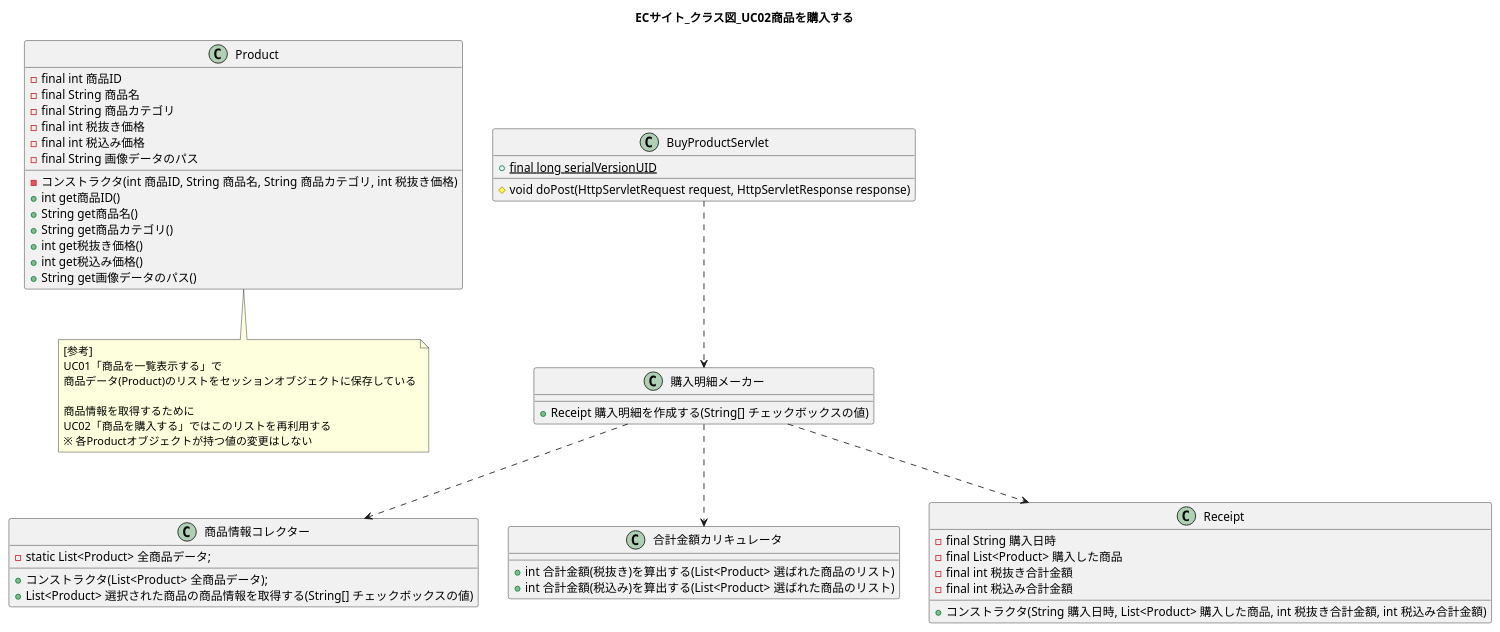
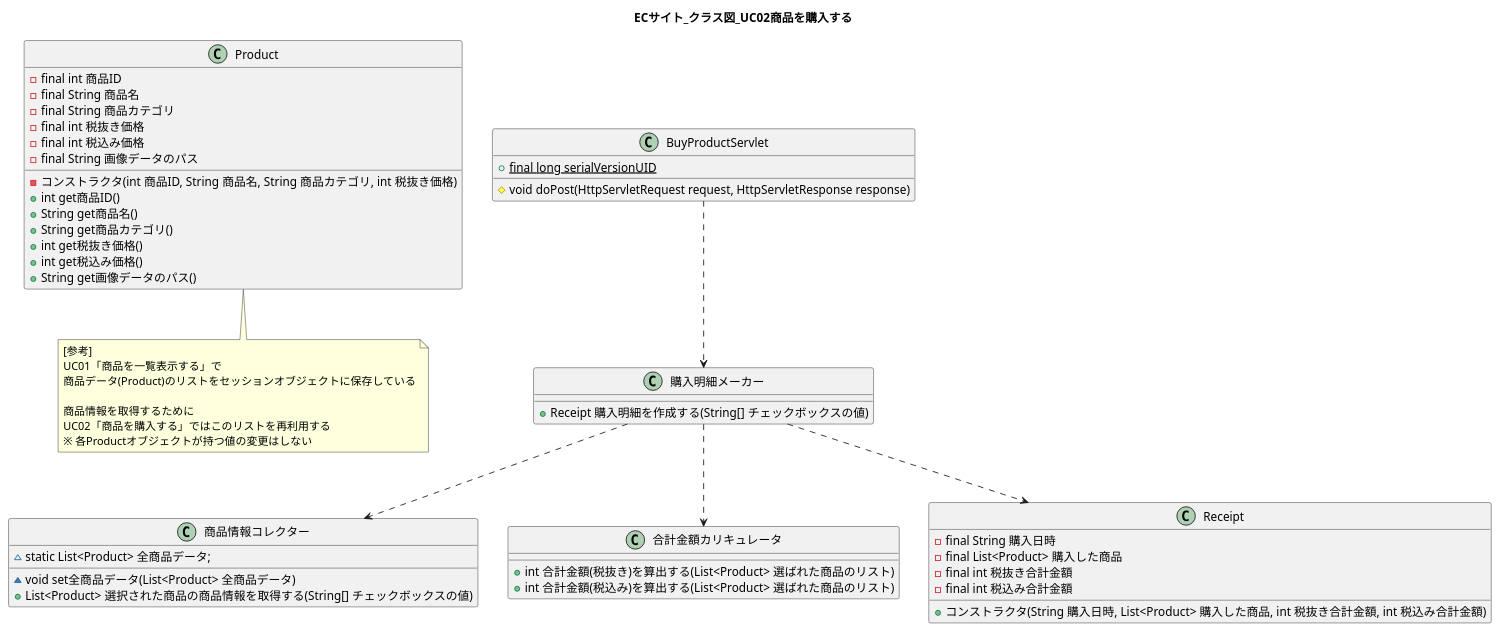
One commit to wnakayama/ojt_ecsite changed the diagram in UML/ClassDiag02.puml. Above: the diagram before and after it, drawn with PlantUML. The commit also changed 3 other files, not shown here.

```diff
--- a/UML/ClassDiag02.puml
+++ b/UML/ClassDiag02.puml
@@ -1,63 +1,63 @@
 @startuml
 title ECサイト_クラス図_UC02商品を購入する
 
 class Product {
     -final int 商品ID
     -final String 商品名
     -final String 商品カテゴリ
     -final int 税抜き価格
     -final int 税込み価格
     -final String 画像データのパス
     -コンストラクタ(int 商品ID, String 商品名, String 商品カテゴリ, int 税抜き価格)
     +int get商品ID()
     +String get商品名()
     +String get商品カテゴリ()
     +int get税抜き価格()
     +int get税込み価格()
     +String get画像データのパス()
 }
 
 note bottom of Product
 [参考]
 UC01「商品を一覧表示する」で
 商品データ(Product)のリストをセッションオブジェクトに保存している
 
 商品情報を取得するために
 UC02「商品を購入する」ではこのリストを再利用する
 ※ 各Productオブジェクトが持つ値の変更はしない
 end note
 
 
 class BuyProductServlet {
     +{static} final long serialVersionUID
     #void doPost(HttpServletRequest request, HttpServletResponse response)
 }
 
 BuyProductServlet ..> 購入明細メーカー
 class 購入明細メーカー {
     +Receipt 購入明細を作成する(String[] チェックボックスの値)
 }
 
 購入明細メーカー ..> 商品情報コレクター
 class 商品情報コレクター {
-    -static List<Product> 全商品データ;
-    +コンストラクタ(List<Product> 全商品データ);
+    ~static List<Product> 全商品データ;
+    ~void set全商品データ(List<Product> 全商品データ)
     +List<Product> 選択された商品の商品情報を取得する(String[] チェックボックスの値)
 }
 
 購入明細メーカー ..> 合計金額カリキュレータ 
 class 合計金額カリキュレータ {
     +int 合計金額(税抜き)を算出する(List<Product> 選ばれた商品のリスト)
     +int 合計金額(税込み)を算出する(List<Product> 選ばれた商品のリスト)
 }
 
 購入明細メーカー ..> Receipt
 class Receipt {
     -final String 購入日時
     -final List<Product> 購入した商品
     -final int 税抜き合計金額
     -final int 税込み合計金額
     +コンストラクタ(String 購入日時, List<Product> 購入した商品, int 税抜き合計金額, int 税込み合計金額)
 }
 
 @enduml
```
